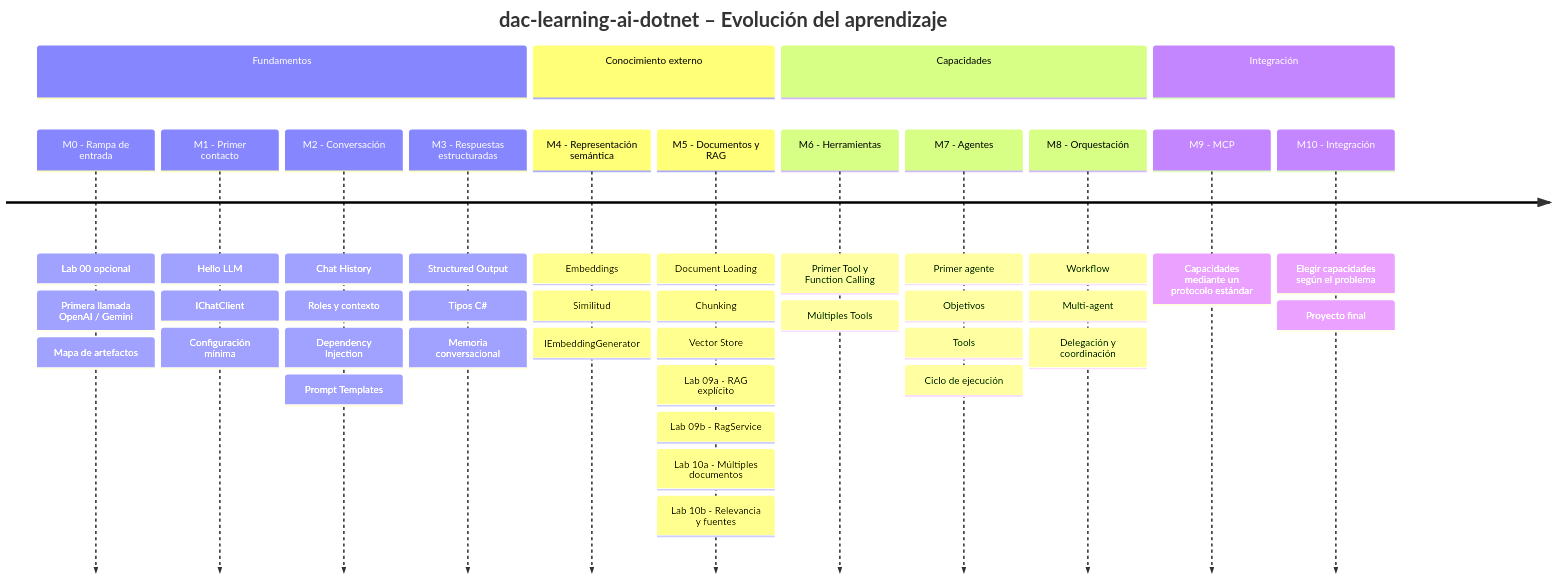
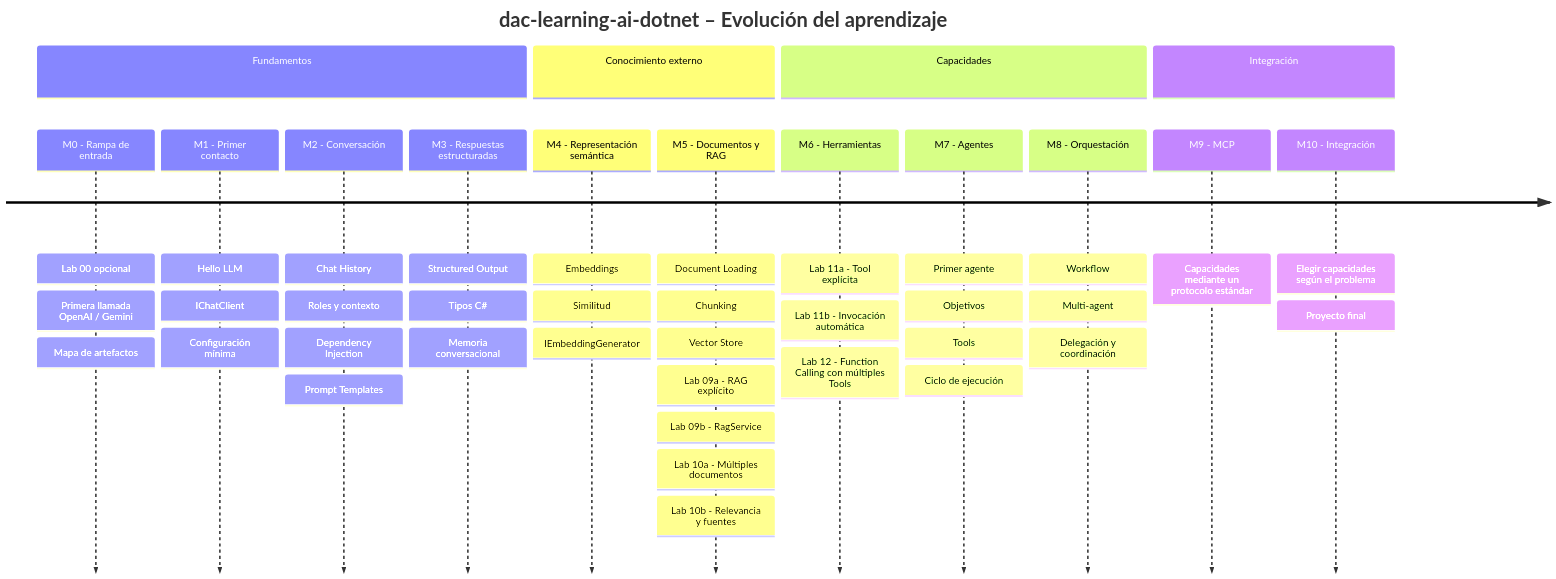
Before and after one commit to danielcalvindeveloper/dac-learning-ai-dotnet: the first of 8 diagrams in ROADMAP.md, drawn with Mermaid. The commit also changed other lines of this file and 22 other files, not shown here.

Commit message:
feat: refactoriza Lab 11 y documenta la representación nativa en Tools

````diff
--- a/ROADMAP.md
+++ b/ROADMAP.md
@@ -13,47 +13,48 @@
 ```mermaid
 timeline
     title dac-learning-ai-dotnet – Evolución del aprendizaje
 
     section Fundamentos
         M0 - Rampa de entrada : Lab 00 opcional
                               : Primera llamada OpenAI / Gemini
                               : Mapa de artefactos
         M1 - Primer contacto : Hello LLM
                             : IChatClient
                             : Configuración mínima
         M2 - Conversación : Chat History
                           : Roles y contexto
                           : Dependency Injection
                           : Prompt Templates
         M3 - Respuestas estructuradas : Structured Output
                                       : Tipos C#
                                       : Memoria conversacional
 
     section Conocimiento externo
         M4 - Representación semántica : Embeddings
                                       : Similitud
                                       : IEmbeddingGenerator
         M5 - Documentos y RAG : Document Loading
                               : Chunking
                               : Vector Store
                               : Lab 09a - RAG explícito
                               : Lab 09b - RagService
                               : Lab 10a - Múltiples documentos
                               : Lab 10b - Relevancia y fuentes
 
     section Capacidades
-        M6 - Herramientas : Primer Tool y Function Calling
-                          : Múltiples Tools
+        M6 - Herramientas : Lab 11a - Tool explícita
+                          : Lab 11b - Invocación automática
+                          : Lab 12 - Function Calling con múltiples Tools
         M7 - Agentes : Primer agente
                     : Objetivos
                     : Tools
                     : Ciclo de ejecución
         M8 - Orquestación : Workflow
                           : Multi-agent
                           : Delegación y coordinación
 
     section Integración
         M9 - MCP : Capacidades mediante un protocolo estándar
         M10 - Integración : Elegir capacidades según el problema
                           : Proyecto final
 ```
````
